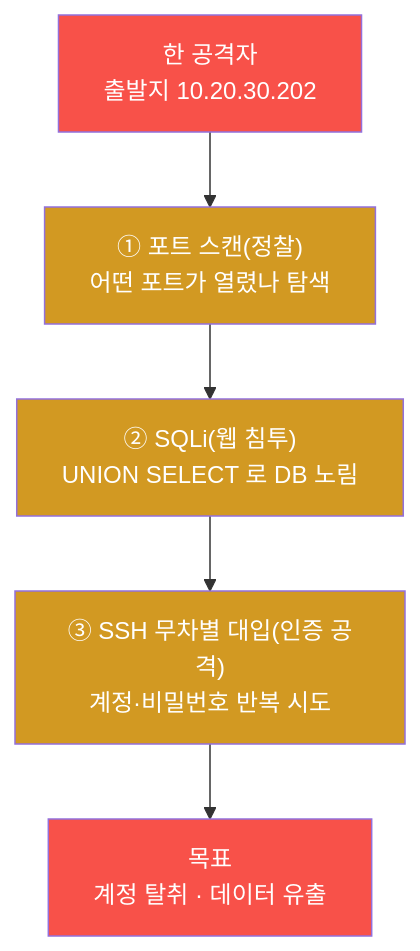
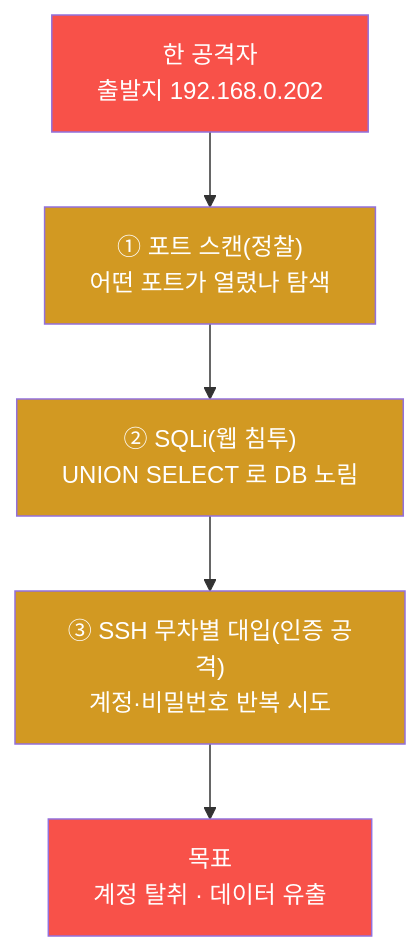
Before and after one commit to mrgrit/tw2: the first of 8 diagrams in contents/training/soc/lecture_week08.md, drawn with Mermaid. The commit also changed other lines of this file and 304 other files, not shown here.

````diff
--- a/contents/training/soc/lecture_week08.md
+++ b/contents/training/soc/lecture_week08.md
@@ -98,14 +98,14 @@
 ```mermaid
 graph TD
-    ATK["한 공격자<br/>출발지 10.20.30.202"]
+    ATK["한 공격자<br/>출발지 192.168.0.202"]
     S1["① 포트 스캔(정찰)<br/>어떤 포트가 열렸나 탐색"]
     S2["② SQLi(웹 침투)<br/>UNION SELECT 로 DB 노림"]
     S3["③ SSH 무차별 대입(인증 공격)<br/>계정·비밀번호 반복 시도"]
     GOAL["목표<br/>계정 탈취 · 데이터 유출"]
     ATK --> S1 --> S2 --> S3 --> GOAL
     style ATK fill:#f85149,color:#fff
     style S1 fill:#d29922,color:#fff
     style S2 fill:#d29922,color:#fff
     style S3 fill:#d29922,color:#fff
     style GOAL fill:#f85149,color:#fff
 ```
````
